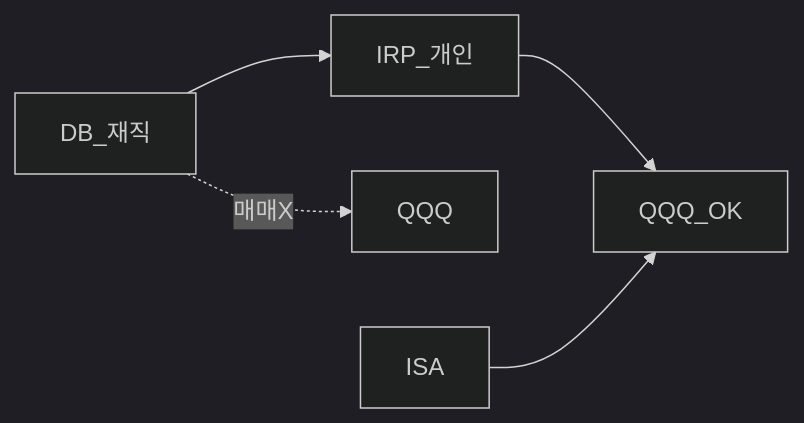
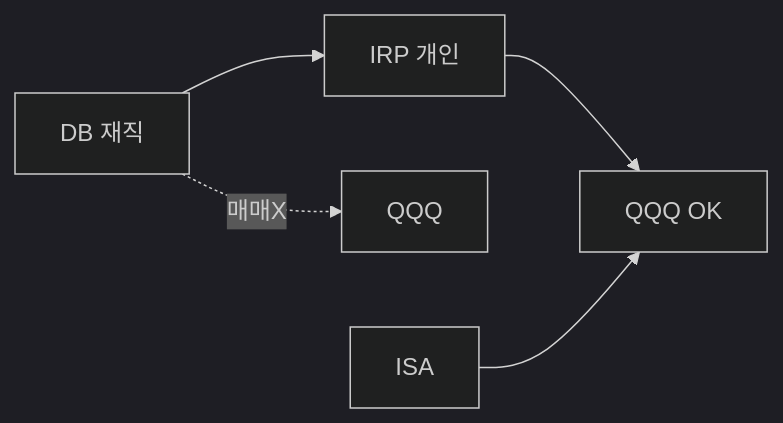
The second of 3 diagrams in 06-korea-policy/tax/isa-irp-pension-tax.md (goldanghenry/Finances), drawn with Mermaid (dark theme) before and after one commit. The commit also changed other lines of this file and 211 other files, not shown here.

````diff
--- a/06-korea-policy/tax/isa-irp-pension-tax.md
+++ b/06-korea-policy/tax/isa-irp-pension-tax.md
@@ -99,7 +113,7 @@
 ```mermaid
 flowchart LR
-  DB[DB_재직] --> IRP[IRP_개인]
+  DB["DB 재직"] --> IRP["IRP 개인"]
   DB -.->|매매X| X[QQQ]
-  IRP --> Q[QQQ_OK]
+  IRP --> Q["QQQ OK"]
   ISA --> Q
 ```
````
